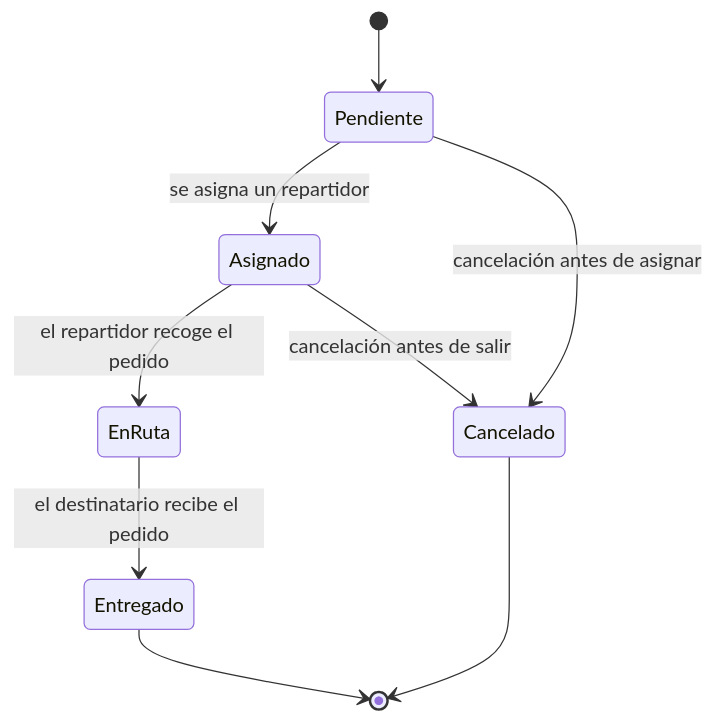
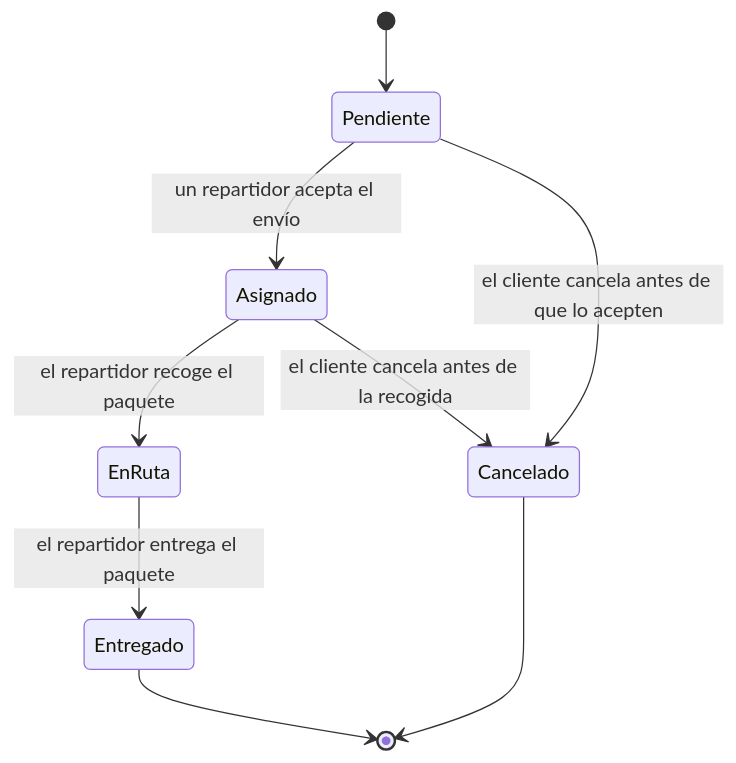
One commit to willrl20/Despacho-entregas changed the third of 3 diagrams in README.md. Above: the diagram before and after it, drawn with Mermaid. The commit also changed other lines of this file, not shown here.

````diff
--- a/README.md
+++ b/README.md
@@ -93,11 +89,11 @@
 ```mermaid
 stateDiagram-v2
     [*] --> Pendiente
-    Pendiente --> Asignado  : se asigna un repartidor
-    Asignado  --> EnRuta    : el repartidor recoge el pedido
-    EnRuta    --> Entregado : el destinatario recibe el pedido
-    Pendiente --> Cancelado : cancelación antes de asignar
-    Asignado  --> Cancelado : cancelación antes de salir
+    Pendiente --> Asignado  : un repartidor acepta el envío
+    Asignado  --> EnRuta    : el repartidor recoge el paquete
+    EnRuta    --> Entregado : el repartidor entrega el paquete
+    Pendiente --> Cancelado : el cliente cancela antes de que lo acepten
+    Asignado  --> Cancelado : el cliente cancela antes de la recogida
     Entregado --> [*]
     Cancelado --> [*]
 ```
````
